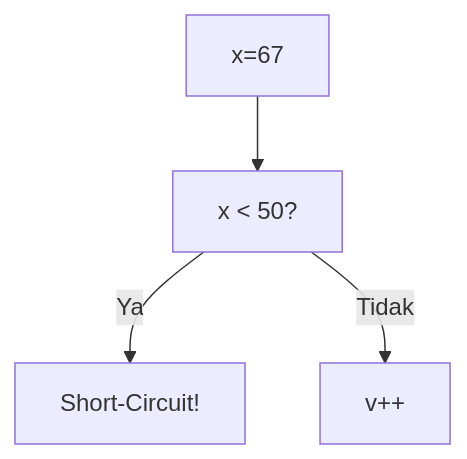
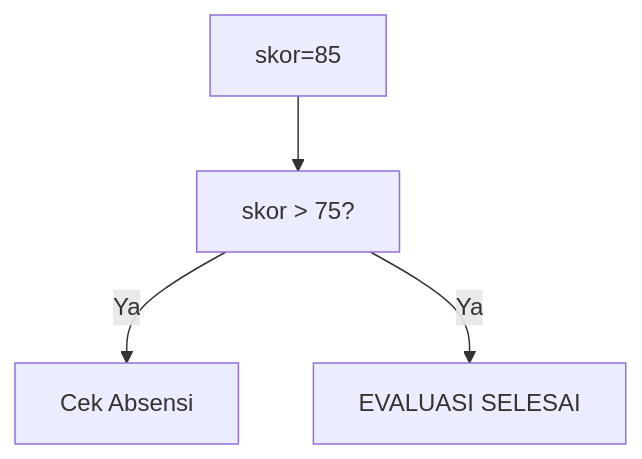
The seventh of 25 diagrams in part-c-pemahaman-cpp/02-percabangan/latihan/set-02.md (amnahwaida/OSNK_INF_PREP), drawn with Mermaid before and after one commit. The commit also changed other lines of this file and 71 other files, not shown here.

````diff
--- a/part-c-pemahaman-cpp/02-percabangan/latihan/set-02.md
+++ b/part-c-pemahaman-cpp/02-percabangan/latihan/set-02.md
@@ -193,6 +201,6 @@
 ```mermaid
 graph TD
-A["x=67"] --> B["x < 50?"]
-B -- Ya --> C["Short-Circuit!"]
-B -- Tidak --> D["v++"]
+A["skor=85"] --> B["skor > 75?"]
+B -- Ya --> C["Cek Absensi"]
+B -- Ya --> D["EVALUASI SELESAI"]
 ```
````
